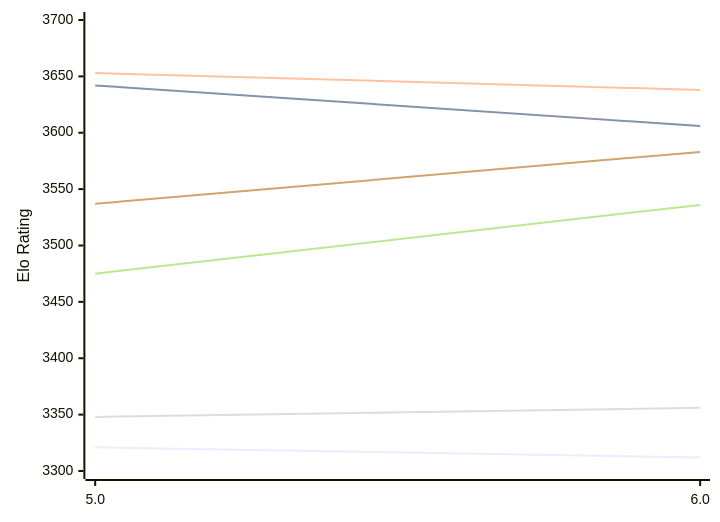
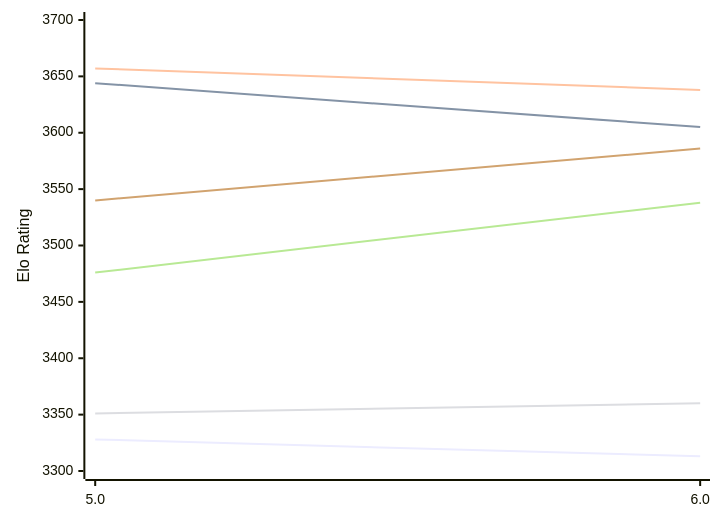
The first of 2 diagrams in engines/Tarnished.md (computer-chess-index/cci), drawn with Mermaid before and after one commit. The commit also changed other lines of this file, not shown here.

Commit message:
Update CCI Ratings (ELO VLTC) - 2026-11-24

````diff
--- a/engines/Tarnished.md
+++ b/engines/Tarnished.md
@@ -51,12 +51,12 @@
 ```mermaid
 %%{init: {"theme":"base","themeVariables":{"seriesColors:['#a3a3a3','#222221','#faa371']}}}%%
 xychart-beta
   x-axis ["5.0", "6.0"]
   y-axis "Elo Rating" 3300 --> 3700
-  line "E1: STC (8.0+0.08s)" [3321, 3312]
-  line "E1: LTC (60.0+0.60s)" [3642, 3606]
-  line "E1: VLTC (2m24s+1.12s)" [3653, 3638]
-  line "P1: STC (8.0+0.08s)" [3348, 3356]
-  line "P1: LTC (60.0+0.60s)" [3475, 3536]
-  line "P1: VLTC (2m24s+1.12s)" [3537, 3583]
+  line "E1: STC (8.0+0.08s)" [3328, 3313]
+  line "E1: LTC (60.0+0.60s)" [3644, 3605]
+  line "E1: VLTC (2m24s+1.12s)" [3657, 3638]
+  line "P1: STC (8.0+0.08s)" [3351, 3360]
+  line "P1: LTC (60.0+0.60s)" [3476, 3538]
+  line "P1: VLTC (2m24s+1.12s)" [3540, 3586]
 ```
````
